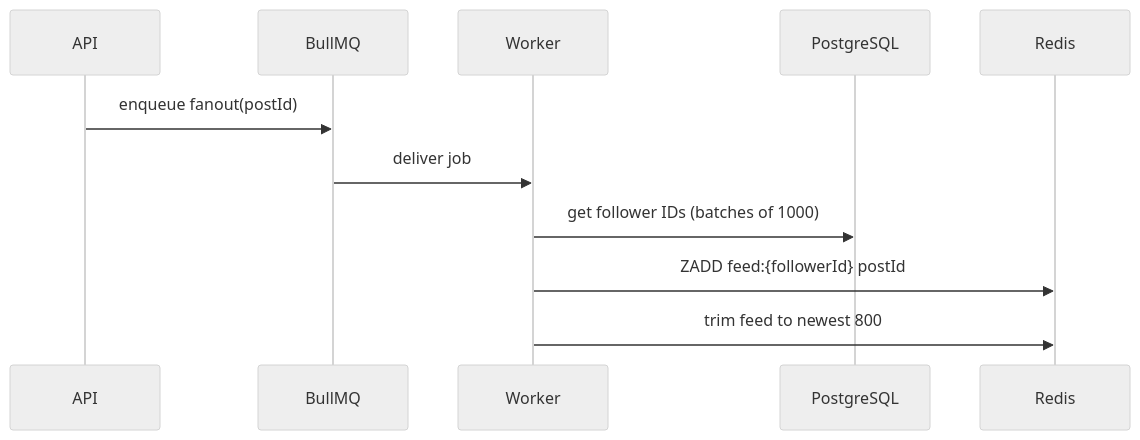
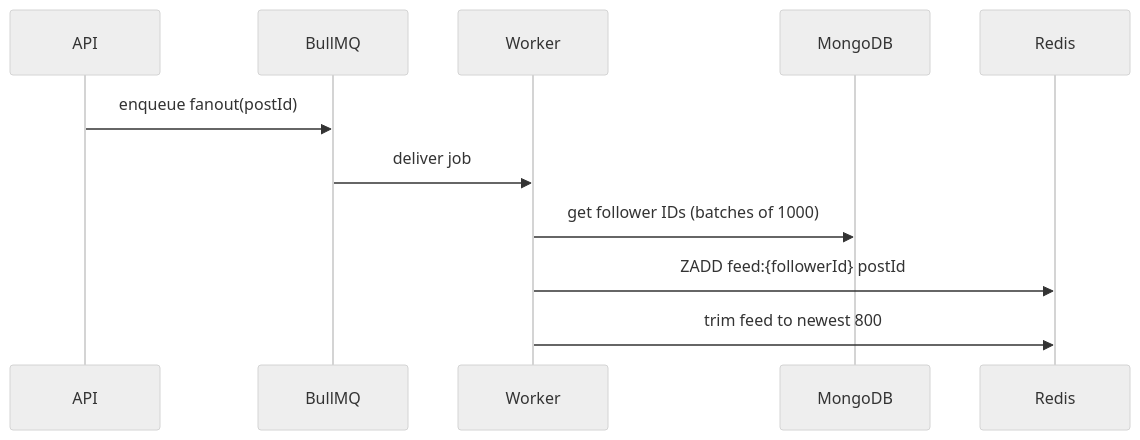
Before and after one commit to PJain7988/Micro_Social_Blogging: the third of 4 diagrams in docs/ARCHITECTURE.md, drawn with Mermaid (neutral theme). The commit also changed other lines of this file and 7 other files, not shown here.

````diff
--- a/docs/ARCHITECTURE.md
+++ b/docs/ARCHITECTURE.md
@@ -72,13 +72,13 @@
 ```mermaid
 sequenceDiagram
   participant A as API
   participant Q as BullMQ
   participant W as Worker
-  participant D as PostgreSQL
+  participant D as MongoDB
   participant R as Redis
   A->>Q: enqueue fanout(postId)
   Q->>W: deliver job
   W->>D: get follower IDs (batches of 1000)
   W->>R: ZADD feed:{followerId} postId
   W->>R: trim feed to newest 800
 ```
````
